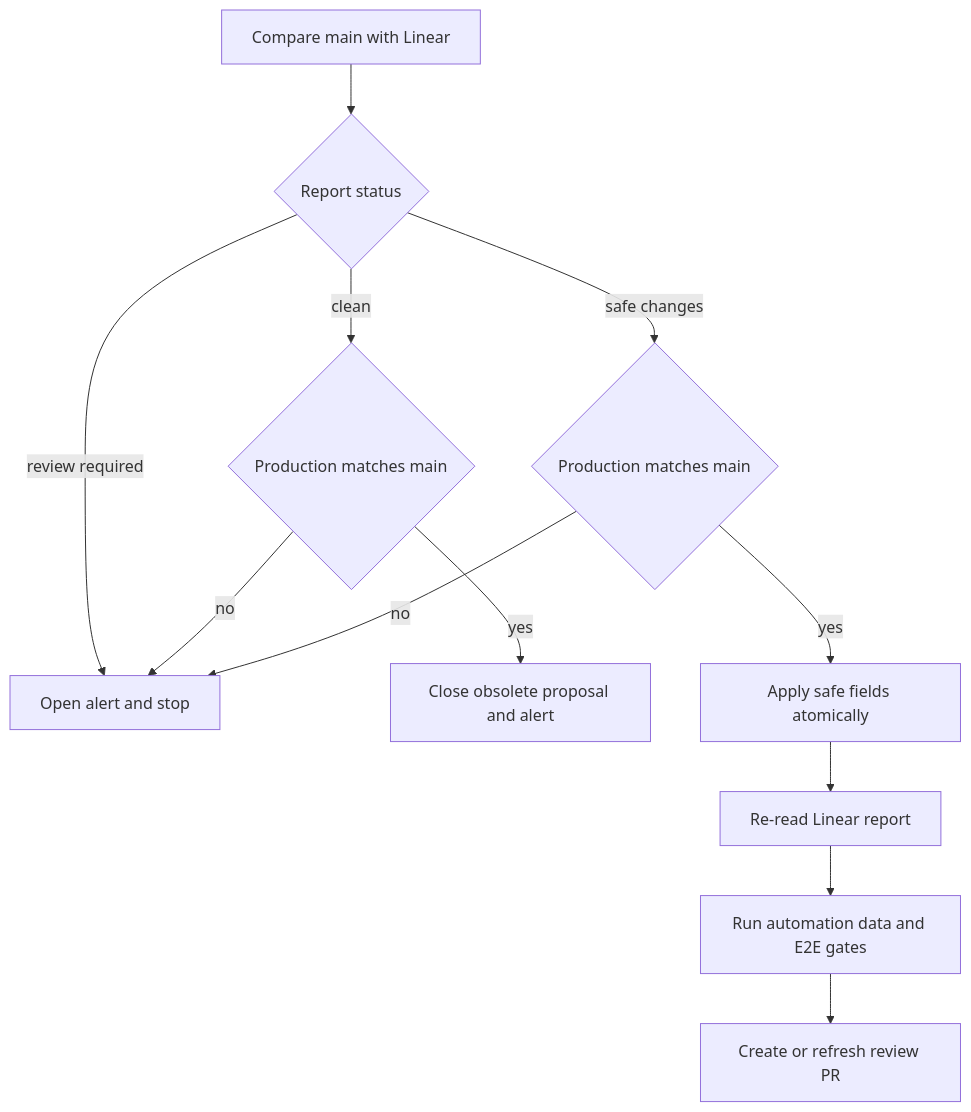
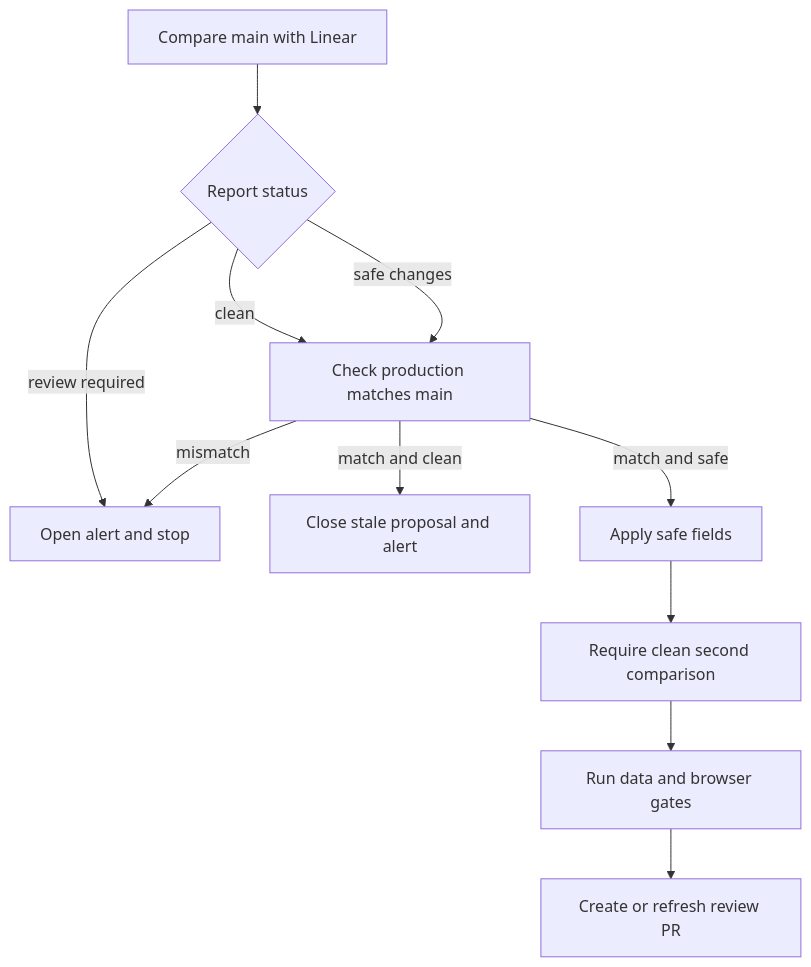
Before and after one commit to maximofn/gymnasia: the third of 3 diagrams in openwiki/services/architecture-board.md, drawn with Mermaid. The commit also changed other lines of this file and 16 other files, not shown here.

````diff
--- a/openwiki/services/architecture-board.md
+++ b/openwiki/services/architecture-board.md
@@ -122,14 +131,13 @@
 ```mermaid
 flowchart TD
-    Audit["Compare main with Linear"] --> Classify{"Report status"}
-    Classify -->|"clean"| VerifyClean{"Production matches main"}
-    Classify -->|"safe changes"| VerifySafe{"Production matches main"}
-    Classify -->|"review required"| Alert["Open alert and stop"]
-    VerifyClean -->|"yes"| Healthy["Close obsolete proposal and alert"]
-    VerifyClean -->|"no"| Alert
-    VerifySafe -->|"yes"| Apply["Apply safe fields atomically"]
-    VerifySafe -->|"no"| Alert
-    Apply --> Recheck["Re-read Linear report"]
-    Recheck --> Gates["Run automation data and E2E gates"]
+    Audit["Compare main with Linear"] --> Status{"Report status"}
+    Status -->|"clean"| CheckProd["Check production matches main"]
+    Status -->|"safe changes"| CheckProd
+    Status -->|"review required"| Alert["Open alert and stop"]
+    CheckProd -->|"mismatch"| Alert
+    CheckProd -->|"match and clean"| Healthy["Close stale proposal and alert"]
+    CheckProd -->|"match and safe"| Apply["Apply safe fields"]
+    Apply --> Recheck["Require clean second comparison"]
+    Recheck --> Gates["Run data and browser gates"]
     Gates --> Proposal["Create or refresh review PR"]
 ```
````
